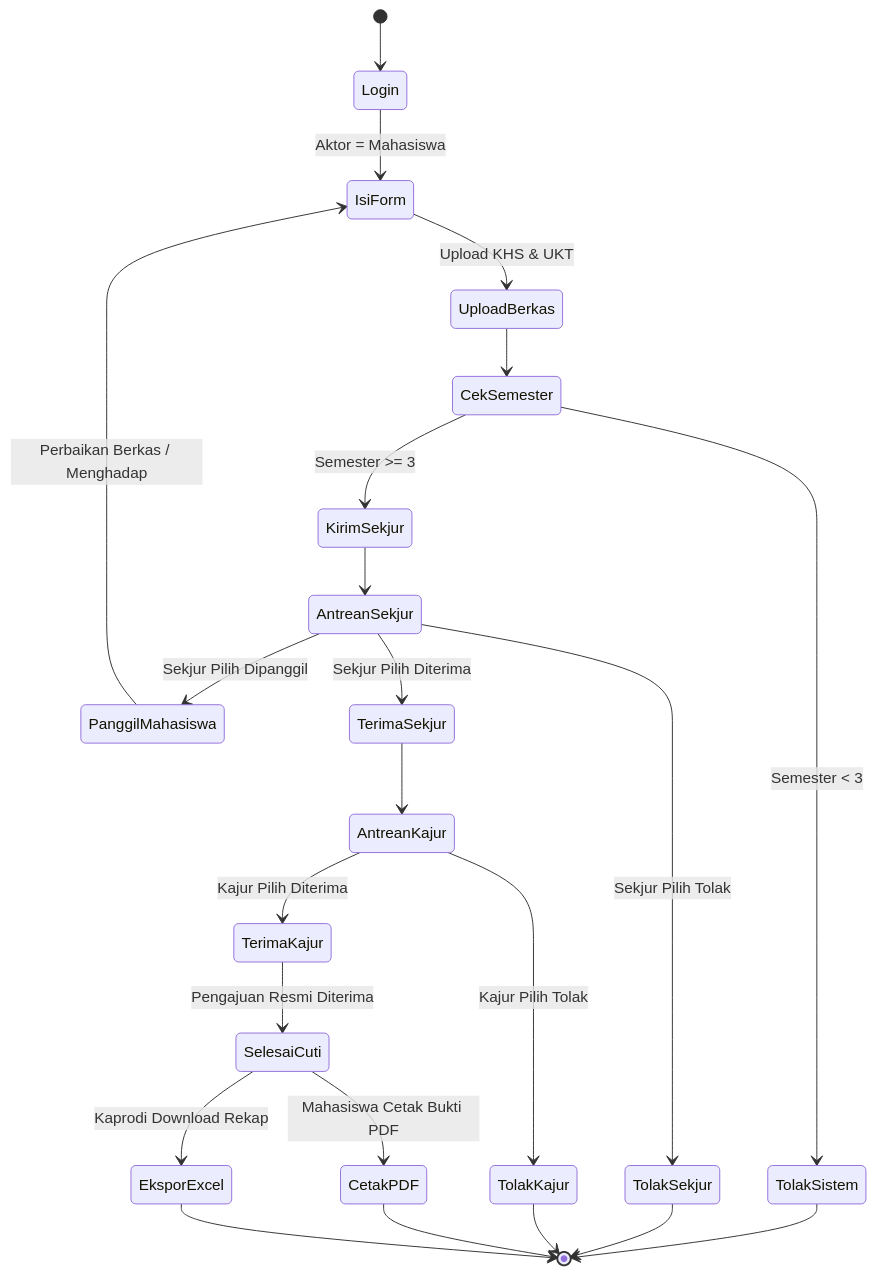
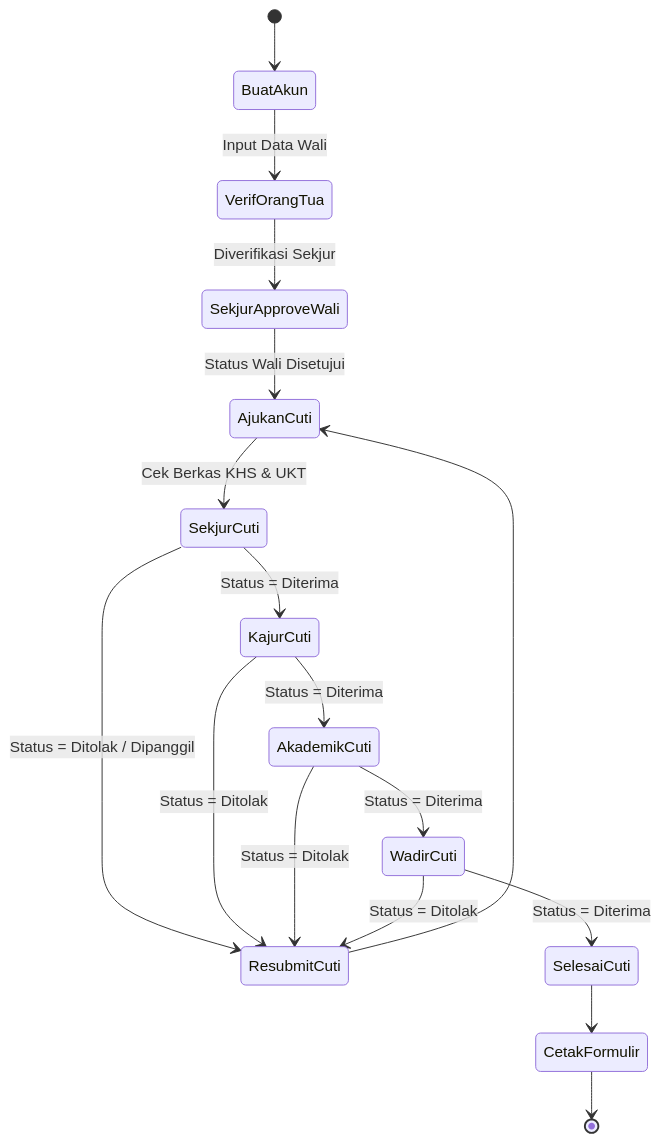
One commit to Chello21/aplikasi-cuti-kampus changed the second of 4 diagrams in modul_cuti_akademik.md. Above: the diagram before and after it, drawn with Mermaid. The commit also changed other lines of this file and 1 other file, not shown here.

````diff
--- a/modul_cuti_akademik.md
+++ b/modul_cuti_akademik.md
@@ -220,32 +260,29 @@
 ```mermaid
 stateDiagram-v2
-    [*] --> Login
-    Login --> IsiForm: Aktor = Mahasiswa
-    IsiForm --> UploadBerkas: Upload KHS & UKT
-    UploadBerkas --> CekSemester
-    state CekSemester <<choice>>
-    CekSemester --> TolakSistem: Semester < 3
-    CekSemester --> KirimSekjur: Semester >= 3
-    TolakSistem --> [*]
+    [*] --> BuatAkun
+    BuatAkun --> VerifOrangTua: Input Data Wali
+    VerifOrangTua --> SekjurApproveWali: Diverifikasi Sekjur
+    SekjurApproveWali --> AjukanCuti: Status Wali Disetujui
+    AjukanCuti --> SekjurCuti: Cek Berkas KHS & UKT
     
-    KirimSekjur --> AntreanSekjur
-    state AntreanSekjur <<choice>>
-    AntreanSekjur --> TolakSekjur: Sekjur Pilih Tolak
-    AntreanSekjur --> PanggilMahasiswa: Sekjur Pilih Dipanggil
-    AntreanSekjur --> TerimaSekjur: Sekjur Pilih Diterima
+    state SekjurCuti <<choice>>
+    SekjurCuti --> ResubmitCuti: Status = Ditolak / Dipanggil
+    SekjurCuti --> KajurCuti: Status = Diterima
     
-    TolakSekjur --> [*]
-    PanggilMahasiswa --> IsiForm: Perbaikan Berkas / Menghadap
+    ResubmitCuti --> AjukanCuti
     
-    TerimaSekjur --> AntreanKajur
-    state AntreanKajur <<choice>>
-    AntreanKajur --> TolakKajur: Kajur Pilih Tolak
-    AntreanKajur --> TerimaKajur: Kajur Pilih Diterima
+    state KajurCuti <<choice>>
+    KajurCuti --> ResubmitCuti: Status = Ditolak
+    KajurCuti --> AkademikCuti: Status = Diterima
     
-    TolakKajur --> [*]
-    TerimaKajur --> SelesaiCuti: Pengajuan Resmi Diterima
-    SelesaiCuti --> CetakPDF: Mahasiswa Cetak Bukti PDF
-    SelesaiCuti --> EksporExcel: Kaprodi Download Rekap
-    CetakPDF --> [*]
-    EksporExcel --> [*]
+    state AkademikCuti <<choice>>
+    AkademikCuti --> ResubmitCuti: Status = Ditolak
+    AkademikCuti --> WadirCuti: Status = Diterima
+    
+    state WadirCuti <<choice>>
+    WadirCuti --> ResubmitCuti: Status = Ditolak
+    WadirCuti --> SelesaiCuti: Status = Diterima
+    
+    SelesaiCuti --> CetakFormulir
+    CetakFormulir --> [*]
 ```
````
